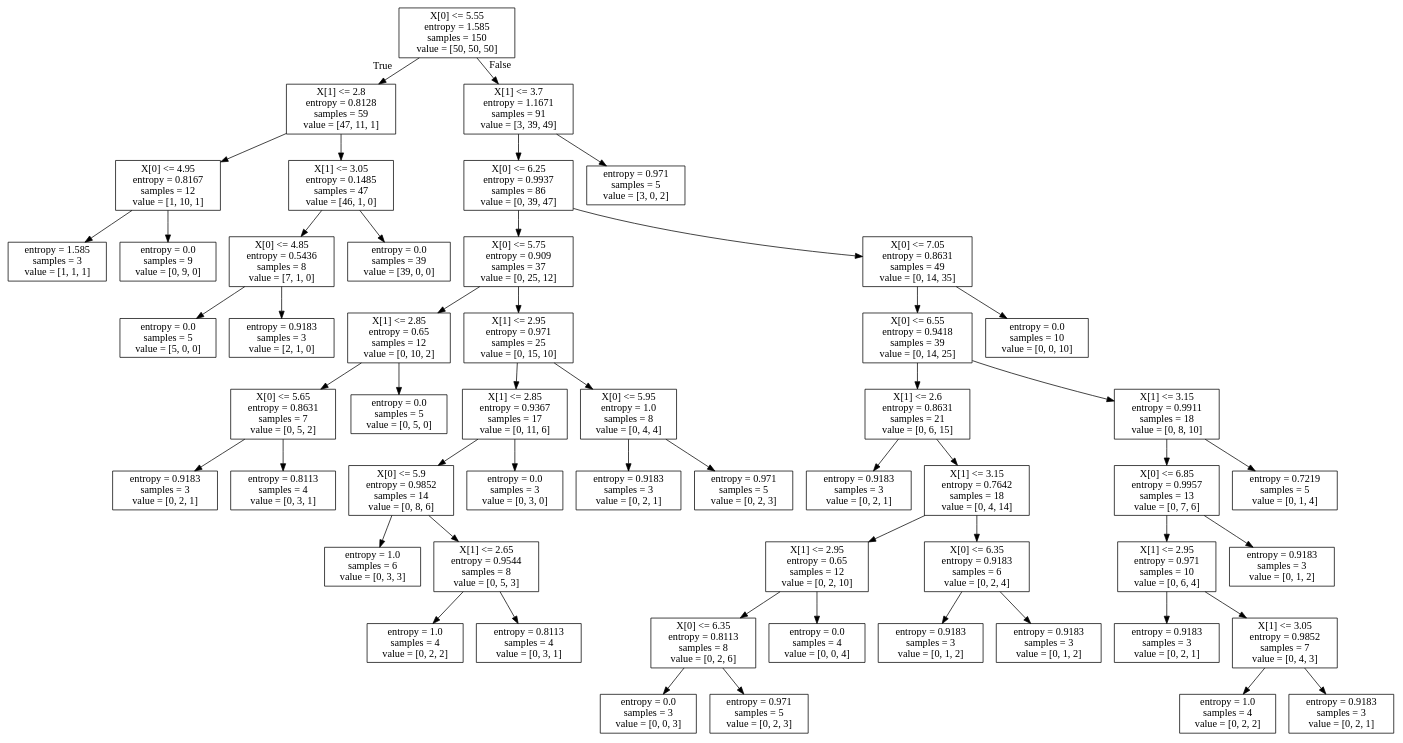
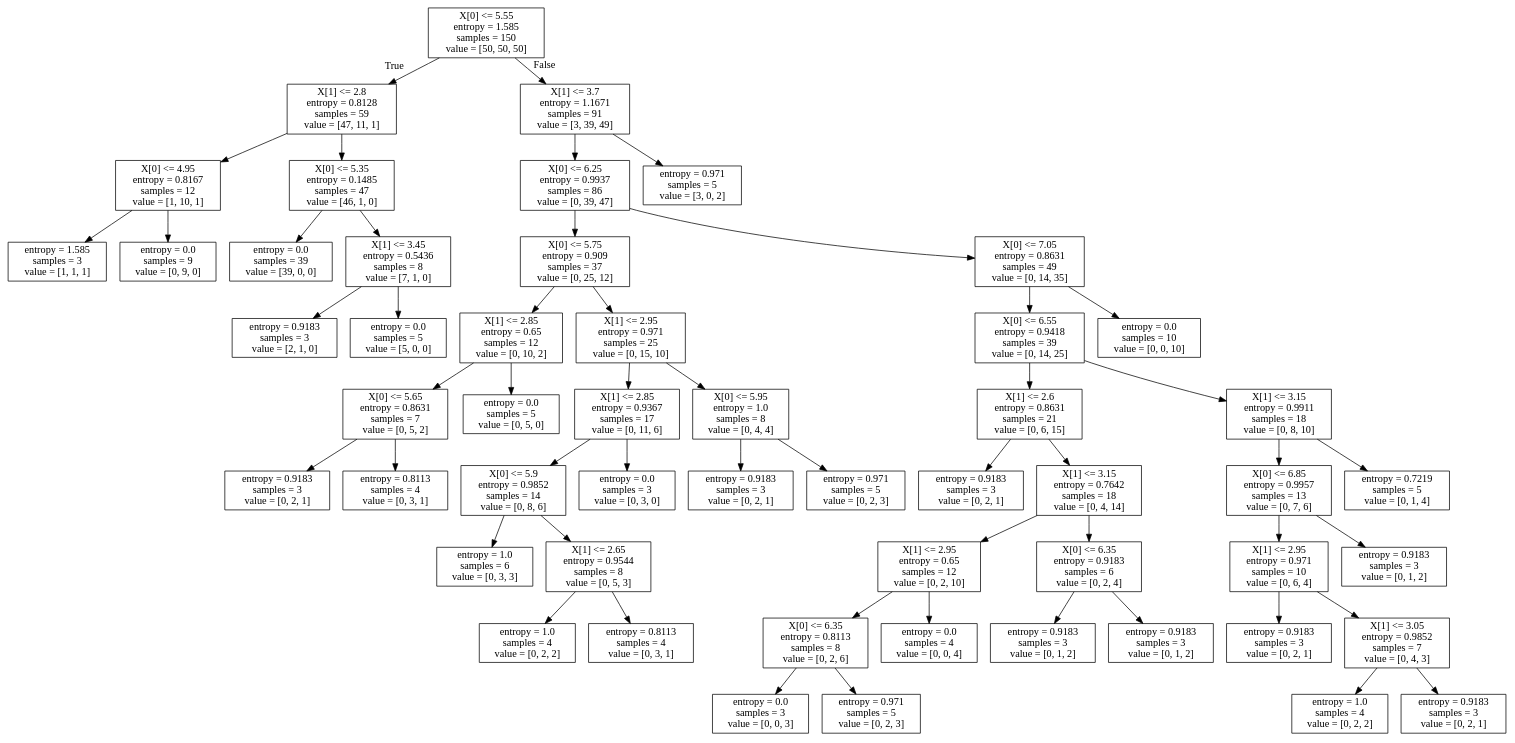
The diagram in machine-learning/teacher/iris_tree.dot (dangfugui/note-Python), drawn with Graphviz before and after one commit. The commit also changed 3 other files, not shown here.

```diff
--- a/machine-learning/teacher/iris_tree.dot
+++ b/machine-learning/teacher/iris_tree.dot
@@ -1,108 +1,108 @@
 digraph Tree {
 node [shape=box] ;
 0 [label="X[0] <= 5.55\nentropy = 1.585\nsamples = 150\nvalue = [50, 50, 50]"] ;
 1 [label="X[1] <= 2.8\nentropy = 0.8128\nsamples = 59\nvalue = [47, 11, 1]"] ;
 0 -> 1 [labeldistance=2.5, labelangle=45, headlabel="True"] ;
 2 [label="X[0] <= 4.95\nentropy = 0.8167\nsamples = 12\nvalue = [1, 10, 1]"] ;
 1 -> 2 ;
 3 [label="entropy = 1.585\nsamples = 3\nvalue = [1, 1, 1]"] ;
 2 -> 3 ;
 4 [label="entropy = 0.0\nsamples = 9\nvalue = [0, 9, 0]"] ;
 2 -> 4 ;
-5 [label="X[1] <= 3.05\nentropy = 0.1485\nsamples = 47\nvalue = [46, 1, 0]"] ;
+5 [label="X[0] <= 5.35\nentropy = 0.1485\nsamples = 47\nvalue = [46, 1, 0]"] ;
 1 -> 5 ;
-6 [label="X[0] <= 4.85\nentropy = 0.5436\nsamples = 8\nvalue = [7, 1, 0]"] ;
+6 [label="entropy = 0.0\nsamples = 39\nvalue = [39, 0, 0]"] ;
 5 -> 6 ;
-7 [label="entropy = 0.0\nsamples = 5\nvalue = [5, 0, 0]"] ;
-6 -> 7 ;
+7 [label="X[1] <= 3.45\nentropy = 0.5436\nsamples = 8\nvalue = [7, 1, 0]"] ;
+5 -> 7 ;
 8 [label="entropy = 0.9183\nsamples = 3\nvalue = [2, 1, 0]"] ;
-6 -> 8 ;
-9 [label="entropy = 0.0\nsamples = 39\nvalue = [39, 0, 0]"] ;
-5 -> 9 ;
+7 -> 8 ;
+9 [label="entropy = 0.0\nsamples = 5\nvalue = [5, 0, 0]"] ;
+7 -> 9 ;
 10 [label="X[1] <= 3.7\nentropy = 1.1671\nsamples = 91\nvalue = [3, 39, 49]"] ;
 0 -> 10 [labeldistance=2.5, labelangle=-45, headlabel="False"] ;
 11 [label="X[0] <= 6.25\nentropy = 0.9937\nsamples = 86\nvalue = [0, 39, 47]"] ;
 10 -> 11 ;
 12 [label="X[0] <= 5.75\nentropy = 0.909\nsamples = 37\nvalue = [0, 25, 12]"] ;
 11 -> 12 ;
 13 [label="X[1] <= 2.85\nentropy = 0.65\nsamples = 12\nvalue = [0, 10, 2]"] ;
 12 -> 13 ;
 14 [label="X[0] <= 5.65\nentropy = 0.8631\nsamples = 7\nvalue = [0, 5, 2]"] ;
 13 -> 14 ;
 15 [label="entropy = 0.9183\nsamples = 3\nvalue = [0, 2, 1]"] ;
 14 -> 15 ;
 16 [label="entropy = 0.8113\nsamples = 4\nvalue = [0, 3, 1]"] ;
 14 -> 16 ;
 17 [label="entropy = 0.0\nsamples = 5\nvalue = [0, 5, 0]"] ;
 13 -> 17 ;
 18 [label="X[1] <= 2.95\nentropy = 0.971\nsamples = 25\nvalue = [0, 15, 10]"] ;
 12 -> 18 ;
 19 [label="X[1] <= 2.85\nentropy = 0.9367\nsamples = 17\nvalue = [0, 11, 6]"] ;
 18 -> 19 ;
 20 [label="X[0] <= 5.9\nentropy = 0.9852\nsamples = 14\nvalue = [0, 8, 6]"] ;
 19 -> 20 ;
 21 [label="entropy = 1.0\nsamples = 6\nvalue = [0, 3, 3]"] ;
 20 -> 21 ;
 22 [label="X[1] <= 2.65\nentropy = 0.9544\nsamples = 8\nvalue = [0, 5, 3]"] ;
 20 -> 22 ;
 23 [label="entropy = 1.0\nsamples = 4\nvalue = [0, 2, 2]"] ;
 22 -> 23 ;
 24 [label="entropy = 0.8113\nsamples = 4\nvalue = [0, 3, 1]"] ;
 22 -> 24 ;
 25 [label="entropy = 0.0\nsamples = 3\nvalue = [0, 3, 0]"] ;
 19 -> 25 ;
 26 [label="X[0] <= 5.95\nentropy = 1.0\nsamples = 8\nvalue = [0, 4, 4]"] ;
 18 -> 26 ;
 27 [label="entropy = 0.9183\nsamples = 3\nvalue = [0, 2, 1]"] ;
 26 -> 27 ;
 28 [label="entropy = 0.971\nsamples = 5\nvalue = [0, 2, 3]"] ;
 26 -> 28 ;
 29 [label="X[0] <= 7.05\nentropy = 0.8631\nsamples = 49\nvalue = [0, 14, 35]"] ;
 11 -> 29 ;
 30 [label="X[0] <= 6.55\nentropy = 0.9418\nsamples = 39\nvalue = [0, 14, 25]"] ;
 29 -> 30 ;
 31 [label="X[1] <= 2.6\nentropy = 0.8631\nsamples = 21\nvalue = [0, 6, 15]"] ;
 30 -> 31 ;
 32 [label="entropy = 0.9183\nsamples = 3\nvalue = [0, 2, 1]"] ;
 31 -> 32 ;
 33 [label="X[1] <= 3.15\nentropy = 0.7642\nsamples = 18\nvalue = [0, 4, 14]"] ;
 31 -> 33 ;
 34 [label="X[1] <= 2.95\nentropy = 0.65\nsamples = 12\nvalue = [0, 2, 10]"] ;
 33 -> 34 ;
 35 [label="X[0] <= 6.35\nentropy = 0.8113\nsamples = 8\nvalue = [0, 2, 6]"] ;
 34 -> 35 ;
 36 [label="entropy = 0.0\nsamples = 3\nvalue = [0, 0, 3]"] ;
 35 -> 36 ;
 37 [label="entropy = 0.971\nsamples = 5\nvalue = [0, 2, 3]"] ;
 35 -> 37 ;
 38 [label="entropy = 0.0\nsamples = 4\nvalue = [0, 0, 4]"] ;
 34 -> 38 ;
 39 [label="X[0] <= 6.35\nentropy = 0.9183\nsamples = 6\nvalue = [0, 2, 4]"] ;
 33 -> 39 ;
 40 [label="entropy = 0.9183\nsamples = 3\nvalue = [0, 1, 2]"] ;
 39 -> 40 ;
 41 [label="entropy = 0.9183\nsamples = 3\nvalue = [0, 1, 2]"] ;
 39 -> 41 ;
 42 [label="X[1] <= 3.15\nentropy = 0.9911\nsamples = 18\nvalue = [0, 8, 10]"] ;
 30 -> 42 ;
 43 [label="X[0] <= 6.85\nentropy = 0.9957\nsamples = 13\nvalue = [0, 7, 6]"] ;
 42 -> 43 ;
 44 [label="X[1] <= 2.95\nentropy = 0.971\nsamples = 10\nvalue = [0, 6, 4]"] ;
 43 -> 44 ;
 45 [label="entropy = 0.9183\nsamples = 3\nvalue = [0, 2, 1]"] ;
 44 -> 45 ;
 46 [label="X[1] <= 3.05\nentropy = 0.9852\nsamples = 7\nvalue = [0, 4, 3]"] ;
 44 -> 46 ;
 47 [label="entropy = 1.0\nsamples = 4\nvalue = [0, 2, 2]"] ;
 46 -> 47 ;
 48 [label="entropy = 0.9183\nsamples = 3\nvalue = [0, 2, 1]"] ;
 46 -> 48 ;
 49 [label="entropy = 0.9183\nsamples = 3\nvalue = [0, 1, 2]"] ;
 43 -> 49 ;
 50 [label="entropy = 0.7219\nsamples = 5\nvalue = [0, 1, 4]"] ;
 42 -> 50 ;
 51 [label="entropy = 0.0\nsamples = 10\nvalue = [0, 0, 10]"] ;
 29 -> 51 ;
 52 [label="entropy = 0.971\nsamples = 5\nvalue = [3, 0, 2]"] ;
 10 -> 52 ;
 }
```
